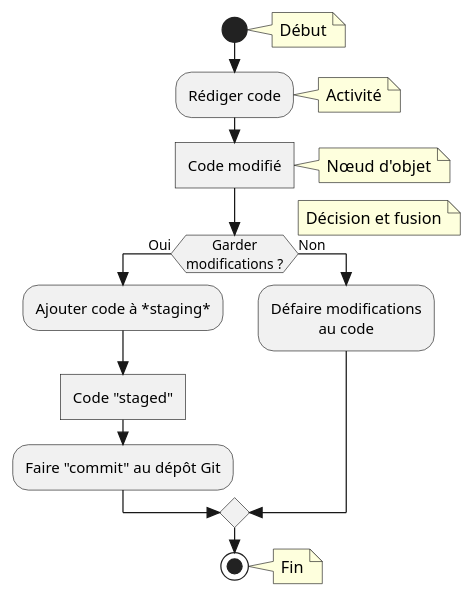
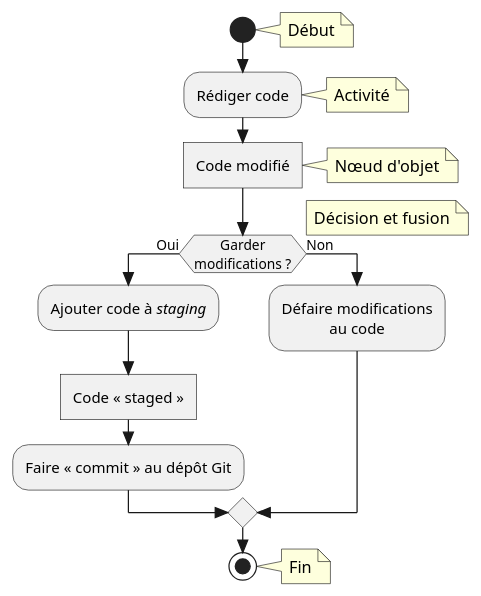
Before and after one commit to fuhrmanator/log210-ndc-quarto: the diagram in DiagrammesActivites.qmd, drawn with PlantUML. The commit also changed other lines of this file and 16 other files, not shown here.

```diff
--- a/DiagrammesActivites.qmd
+++ b/DiagrammesActivites.qmd
@@ -21,23 +21,23 @@
 @startuml
 skinparam style strictuml
 skinparam DefaultTextAlignment center
 skinparam defaultFontName Arial
 start
 note right : Début
 :Rédiger code;
 note right : Activité
 :Code modifié]
 note right : Nœud d'objet
 
 if (Garder\nmodifications ?) then (Oui)
     note right : Décision et fusion
-    :Ajouter code à *staging*;
-    :Code "staged"]
-    :Faire "commit" au dépôt Git;    
+    :Ajouter code à //staging//;
+    :Code « staged »]
+    :Faire « commit » au dépôt Git;    
 else (Non)
     :Défaire modifications
     au code;
 endif
 stop
 note right : Fin
 @enduml
```
